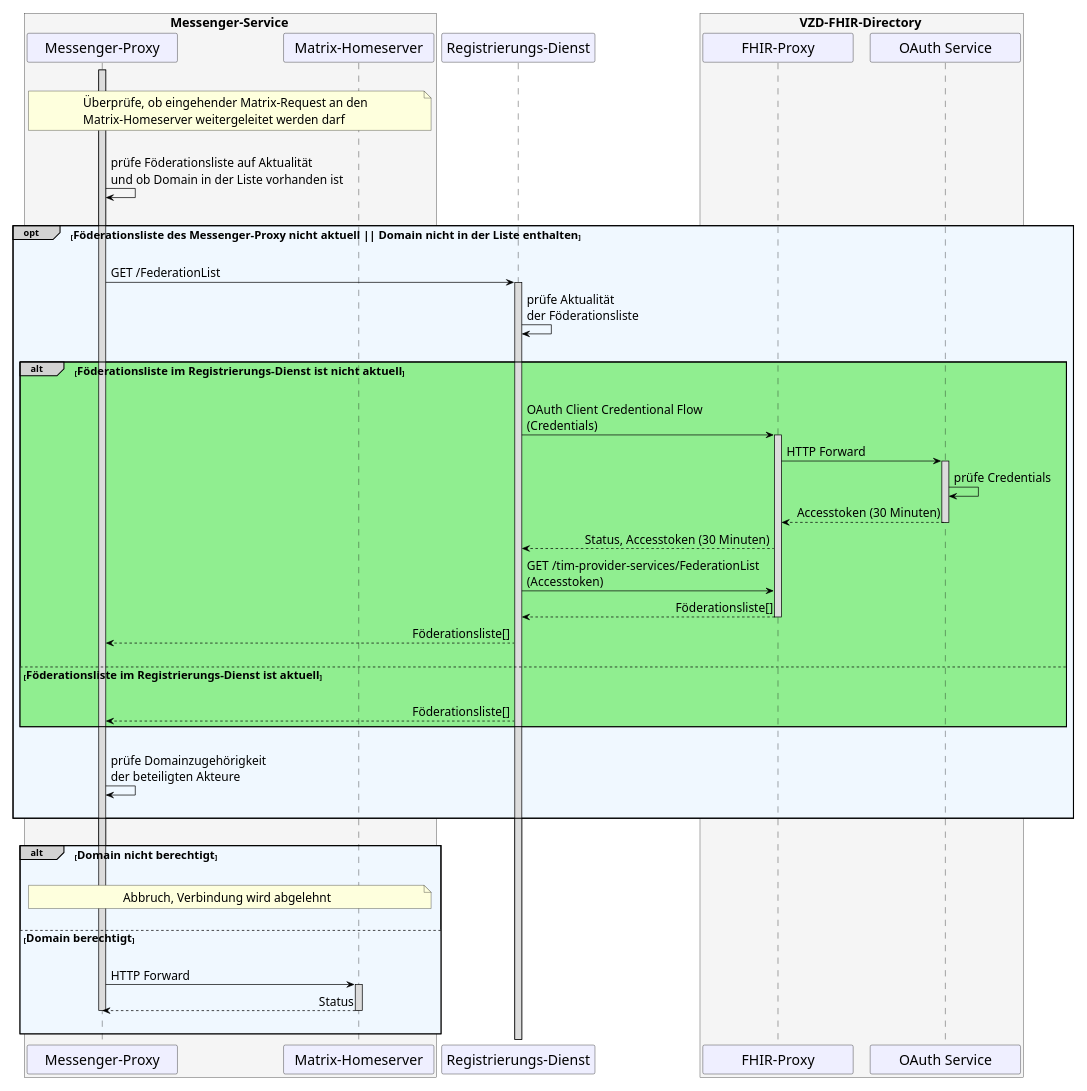
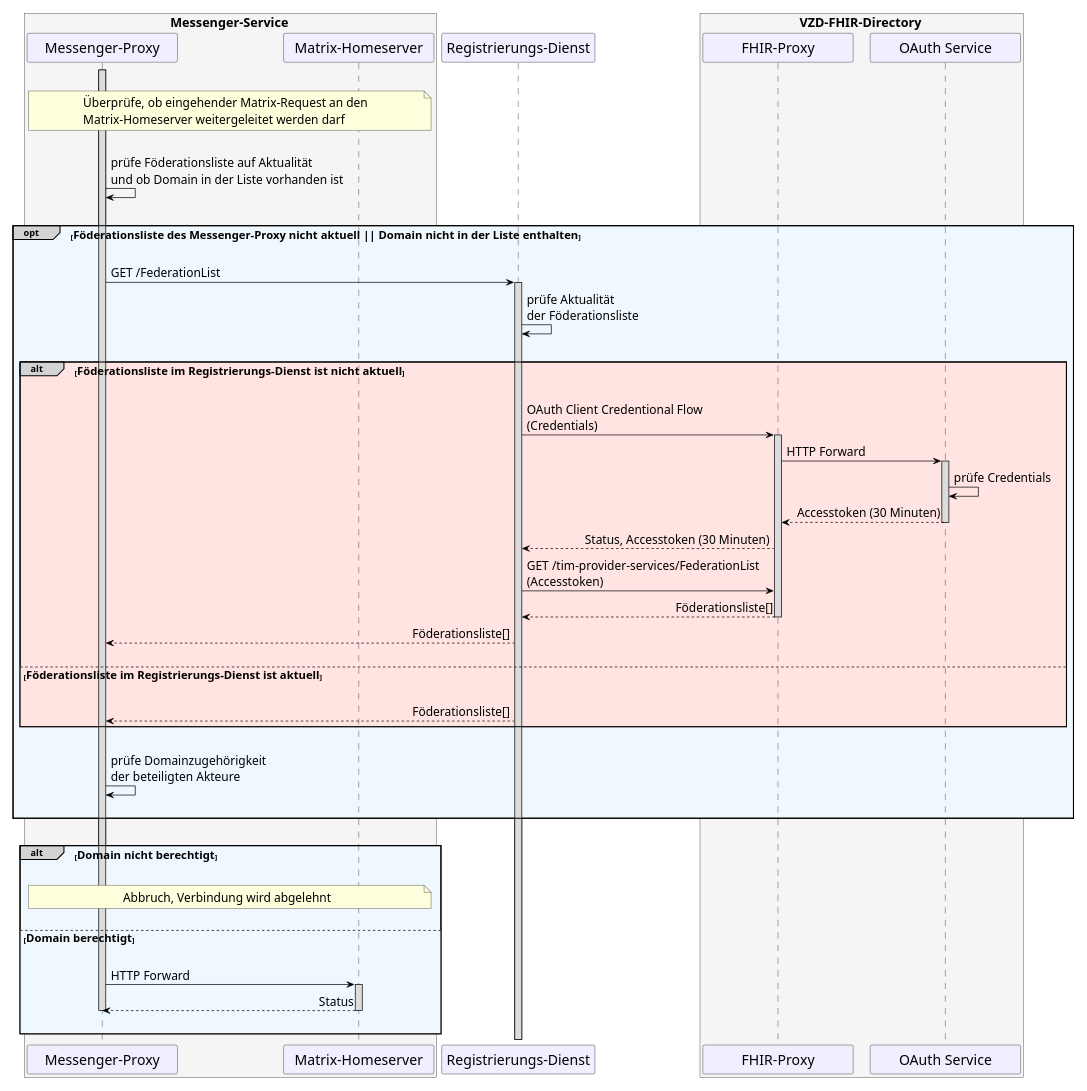
One commit to gematik/api-ti-messenger changed the diagram in src/plantuml/TI-Messenger-Dienst/Ressourcen/UC_10064_Seq.puml. Above: the diagram before and after it, drawn with PlantUML.

```diff
--- a/src/plantuml/TI-Messenger-Dienst/Ressourcen/UC_10064_Seq.puml
+++ b/src/plantuml/TI-Messenger-Dienst/Ressourcen/UC_10064_Seq.puml
@@ -9,99 +9,99 @@
 @startuml
 skinparam sequenceMessageAlign direction
 skinparam minClassWidth 200
 skinparam BoxPadding 1
 skinparam sequenceReferenceHeaderBackgroundColor palegreen
 scale max 850 width
 
 skinparam sequence {
 ArrowColor black
 ArrowFontSize 17
 ActorBorderColor black
 LifeLineBorderColor black
 LifeLineBackgroundColor Gainsboro
 
 ParticipantBorderColor Motivation
 ParticipantBackgroundColor Motivation
 ParticipantFontName Impact
 ParticipantFontSize 20
 ParticipantFontColor black
 ParticipantBorderColor Black
 ParticipantBackgroundColor MOTIVATION
 
 ActorBackgroundColor Gainsboro
 ActorFontColor black
 ActorFontSize 20
 ActorFontName Aapex
 }
     box <size:18>Messenger-Service</size> #WhiteSmoke
     participant MP as "Messenger-Proxy"
     participant MH as "Matrix-Homeserver"
     end box
     participant RD as "Registrierungs-Dienst"
     box <size:18>VZD-FHIR-Directory</size> #WhiteSmoke
       participant FP as "FHIR-Proxy"
       participant AS as "OAuth Service"
     end box
 
 |||
 note over MP, MH: <size:17>Überprüfe, ob eingehender Matrix-Request an den \n<size:17>Matrix-Homeserver weitergeleitet werden darf</size>
 |||
 
     Activate MP
   MP->MP: prüfe Föderationsliste auf Aktualität \nund ob Domain in der Liste vorhanden ist
 
 |||
 opt#LightGrey #AliceBlue <size:16>Föderationsliste des Messenger-Proxy nicht aktuell || Domain nicht in der Liste enthalten</size>
 |||  
 
   MP->RD: GET /FederationList
     Activate RD
   RD->RD: prüfe Aktualität \nder Föderationsliste
   
   |||
-  alt#LightGrey #Lightgreen <size:16>Föderationsliste im Registrierungs-Dienst ist nicht aktuell</size>
+  alt#LightGrey #MistyRose <size:16>Föderationsliste im Registrierungs-Dienst ist nicht aktuell</size>
   ||| 
   
     RD->FP: OAuth Client Credentional Flow \n(Credentials)
         Activate FP
     FP->AS: HTTP Forward
       Activate AS
     AS->AS: prüfe Credentials
     AS-->FP: Accesstoken (30 Minuten)
       Deactivate AS
     FP-->RD: Status, Accesstoken (30 Minuten)
     RD->FP: GET /tim-provider-services/FederationList \n(Accesstoken)
     FP-->RD: Föderationsliste[]
       Deactivate FP
     RD-->MP: Föderationsliste[]
 
       |||
       else <size:16>Föderationsliste im Registrierungs-Dienst ist aktuell</size>
       |||
         RD-->MP: Föderationsliste[]
   end
   
   |||
   MP->MP: prüfe Domainzugehörigkeit \nder beteiligten Akteure
   |||
   
 end
 
 |||
 alt#LightGrey #AliceBlue <size:16>Domain nicht berechtigt</size>
 |||  
 
   note over MP, MH: <size:17>Abbruch, Verbindung wird abgelehnt</size>
   ||| 
   
   else <size:16>Domain berechtigt</size>
     ||| 
     MP->MH: HTTP Forward
       Activate MH
     MH-->MP: Status
       Deactivate MH
       Deactivate MP
     ||| 
 
 end
 @enduml
```
